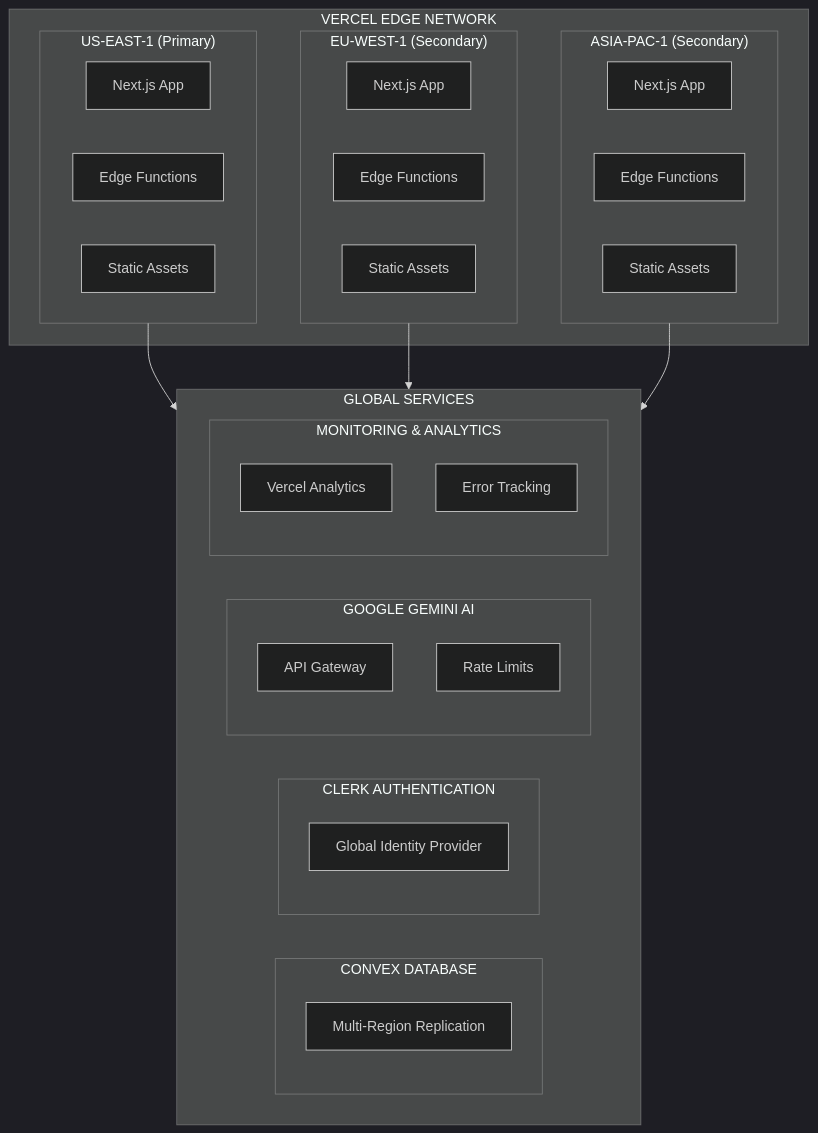
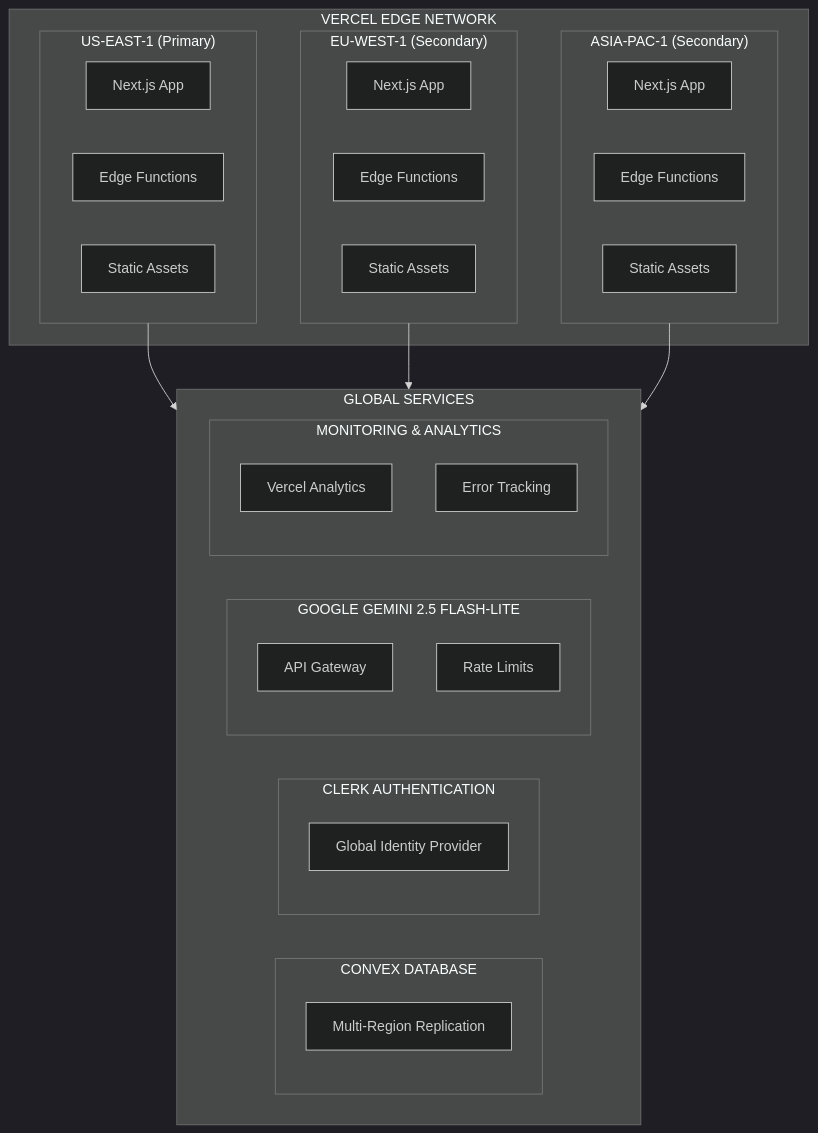
One commit to tcynic/resonant changed the eighth of 10 diagrams in docs/architecture/system-architecture.md. Above: the diagram before and after it, drawn with Mermaid (dark theme). The commit also changed other lines of this file and 29 other files, not shown here.

First line of the commit message:
Update AI model to Gemini 2.5 Flash-Lite and update all documentation

````diff
--- a/docs/architecture/system-architecture.md
+++ b/docs/architecture/system-architecture.md
@@ -456,46 +456,46 @@
 ```mermaid
 graph TB
     subgraph VercelEdge["VERCEL EDGE NETWORK"]
         subgraph USEast["US-EAST-1 (Primary)"]
             USA_App["Next.js App"]
             USA_Edge["Edge Functions"]
             USA_Static["Static Assets"]
         end
 
         subgraph EUWest["EU-WEST-1 (Secondary)"]
             EU_App["Next.js App"]
             EU_Edge["Edge Functions"]
             EU_Static["Static Assets"]
         end
 
         subgraph AsiaPac["ASIA-PAC-1 (Secondary)"]
             ASIA_App["Next.js App"]
             ASIA_Edge["Edge Functions"]
             ASIA_Static["Static Assets"]
         end
     end
 
     subgraph GlobalServices["GLOBAL SERVICES"]
         subgraph ConvexService["CONVEX DATABASE"]
             MR["Multi-Region Replication"]
         end
 
         subgraph ClerkService["CLERK AUTHENTICATION"]
             GIP["Global Identity Provider"]
         end
 
-        subgraph GeminiService["GOOGLE GEMINI AI"]
+        subgraph GeminiService["GOOGLE GEMINI 2.5 FLASH-LITE"]
             AG["API Gateway"]
             RateL["Rate Limits"]
         end
 
         subgraph MonitoringService["MONITORING & ANALYTICS"]
             VA["Vercel Analytics"]
             ET["Error Tracking"]
         end
     end
 
     USEast --> GlobalServices
     EUWest --> GlobalServices
     AsiaPac --> GlobalServices
 ```
````
